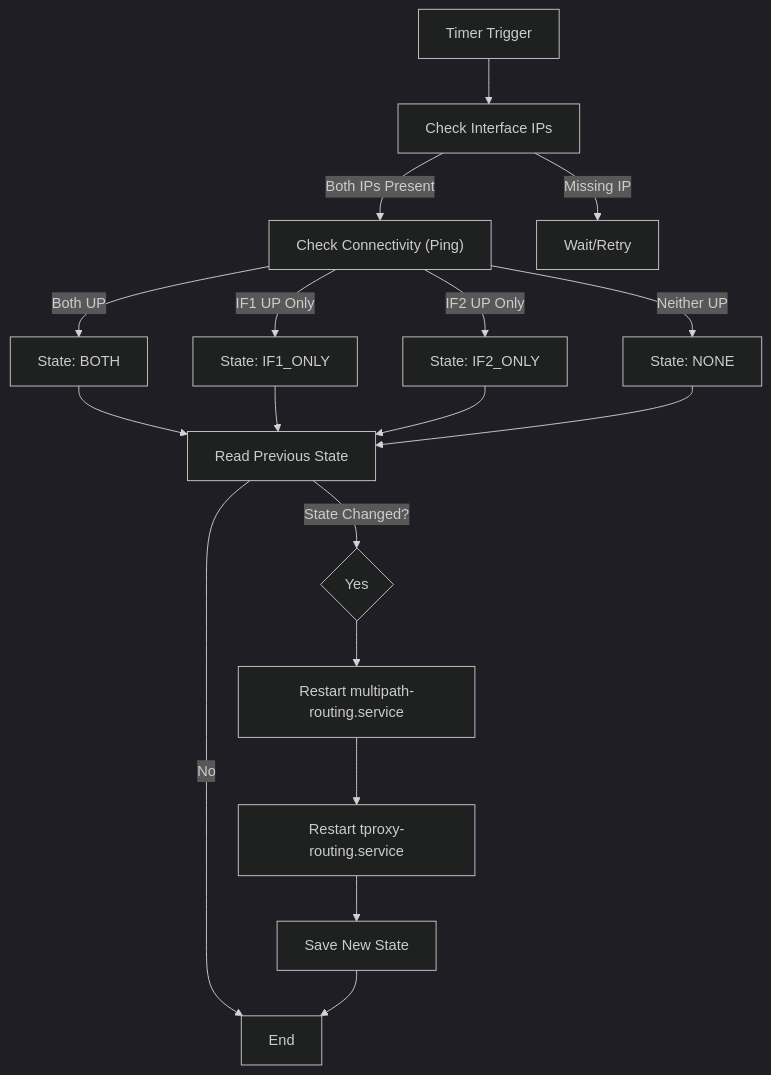
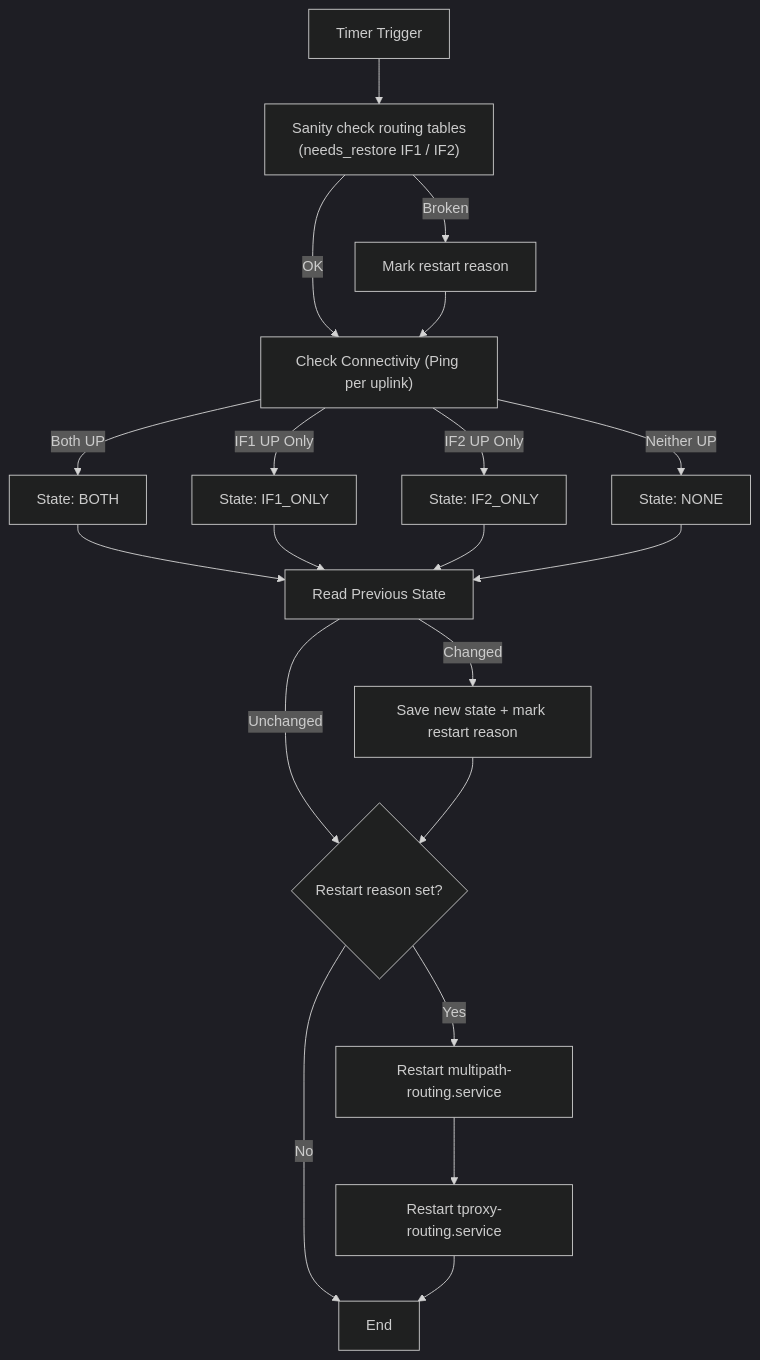
Before and after one commit to mingcheng/faure.sh: the diagram in README.md, drawn with Mermaid (dark theme). The commit also changed other lines of this file and 4 other files, not shown here.

First line of the commit message:
feat: add failover mode for dual-WAN multipath routing 🔄

````diff
--- a/README.md
+++ b/README.md
@@ -164,24 +171,26 @@
 ```mermaid
 graph TD
-    Start[Timer Trigger] --> CheckIPs[Check Interface IPs]
-    CheckIPs -- Both IPs Present --> CheckConn["Check Connectivity (Ping)"]
-    CheckIPs -- Missing IP --> Wait[Wait/Retry]
+    Start[Timer Trigger] --> SanityCheck["Sanity check routing tables<br/>(needs_restore IF1 / IF2)"]
+    SanityCheck -- Broken --> MarkRestart[Mark restart reason]
+    SanityCheck -- OK --> CheckConn["Check Connectivity (Ping per uplink)"]
+    MarkRestart --> CheckConn
 
     CheckConn -- Both UP --> StateBoth[State: BOTH]
     CheckConn -- IF1 UP Only --> StateIF1[State: IF1_ONLY]
     CheckConn -- IF2 UP Only --> StateIF2[State: IF2_ONLY]
     CheckConn -- Neither UP --> StateNone[State: NONE]
 
     StateBoth --> ReadOld[Read Previous State]
     StateIF1 --> ReadOld
     StateIF2 --> ReadOld
     StateNone --> ReadOld
 
-    ReadOld -- State Changed? --> Yes{Yes}
-    ReadOld -- No --> End[End]
+    ReadOld -- Changed --> SaveState[Save new state + mark restart reason]
+    ReadOld -- Unchanged --> Decide{Restart reason set?}
+    SaveState --> Decide
 
-    Yes --> UpdateRoute[Restart multipath-routing.service]
+    Decide -- Yes --> UpdateRoute[Restart multipath-routing.service]
+    Decide -- No --> End[End]
     UpdateRoute --> UpdateTProxy[Restart tproxy-routing.service]
-    UpdateTProxy --> SaveState[Save New State]
-    SaveState --> End
+    UpdateTProxy --> End
 ```
````
